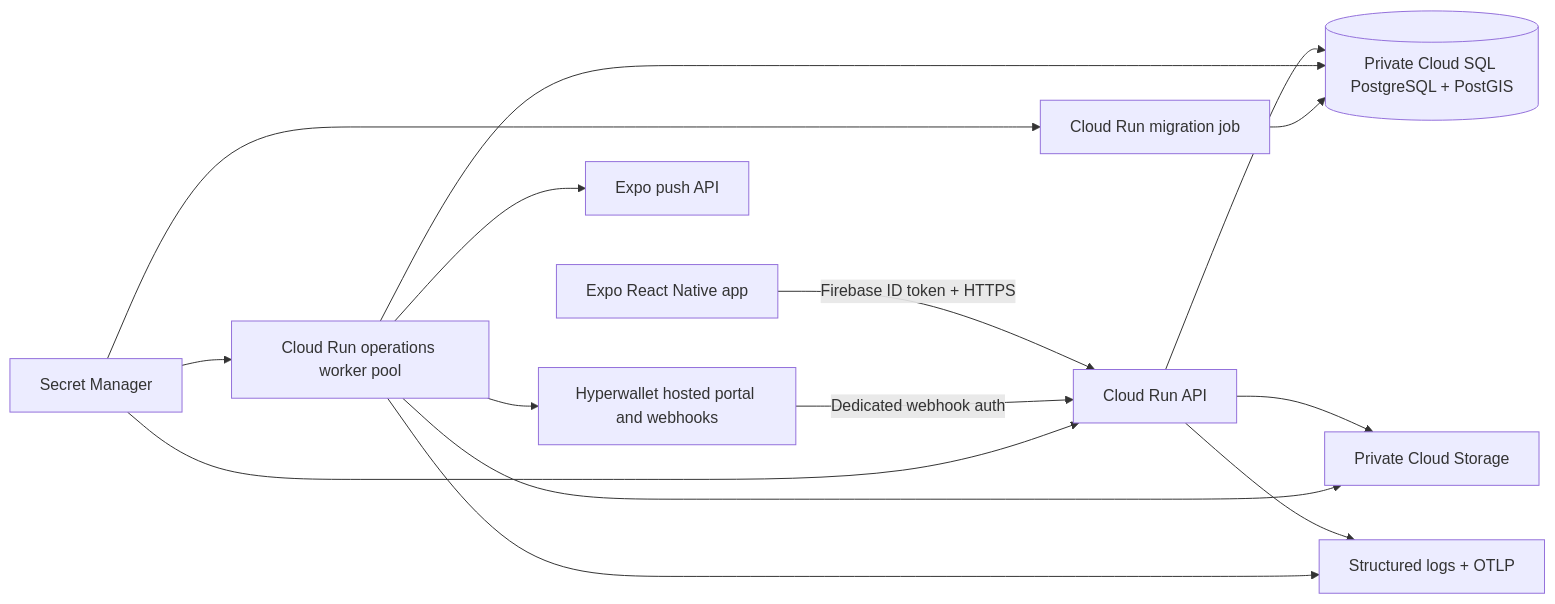
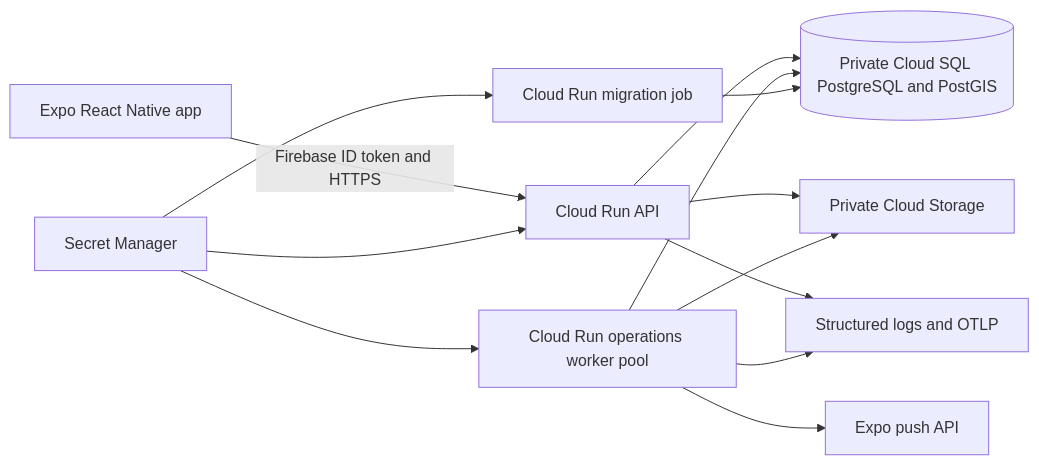
The diagram in backend/docs/architecture.md (GoGymGo/Platform), drawn with Mermaid before and after one commit. The commit also changed other lines of this file and 287 other files, not shown here.

Commit message:
Prepare complete mobile and backend product flows

````diff
--- a/backend/docs/architecture.md
+++ b/backend/docs/architecture.md
@@ -7,17 +10,15 @@
 ```mermaid
 flowchart LR
-  Mobile[Expo React Native app] -->|Firebase ID token + HTTPS| API[Cloud Run API]
-  Hyperwallet[Hyperwallet hosted portal and webhooks] -->|Dedicated webhook auth| API
-  API --> DB[(Private Cloud SQL PostgreSQL + PostGIS)]
+  Mobile[Expo React Native app] -->|Firebase ID token and HTTPS| API[Cloud Run API]
+  API --> DB[(Private Cloud SQL PostgreSQL and PostGIS)]
   API --> Buckets[Private Cloud Storage]
   Worker[Cloud Run operations worker pool] --> DB
-  Worker --> Hyperwallet
   Worker --> Expo[Expo push API]
   Worker --> Buckets
   Migration[Cloud Run migration job] --> DB
   Secrets[Secret Manager] --> API
   Secrets --> Worker
   Secrets --> Migration
-  API --> Telemetry[Structured logs + OTLP]
+  API --> Telemetry[Structured logs and OTLP]
   Worker --> Telemetry
 ```
````
